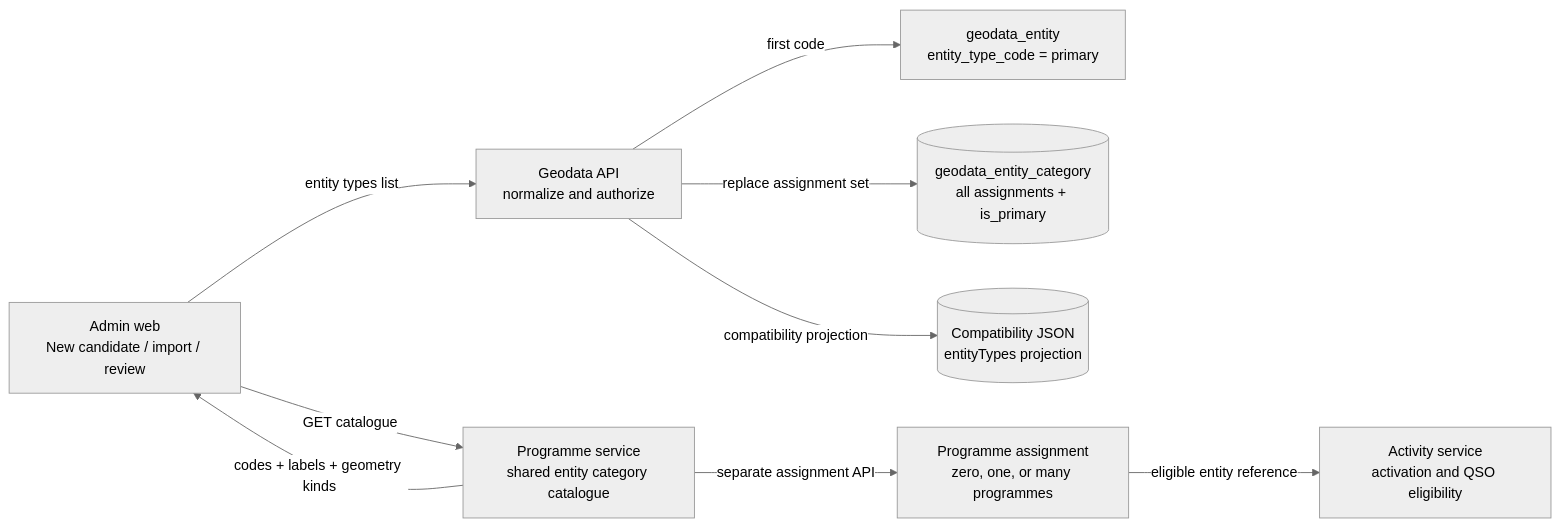
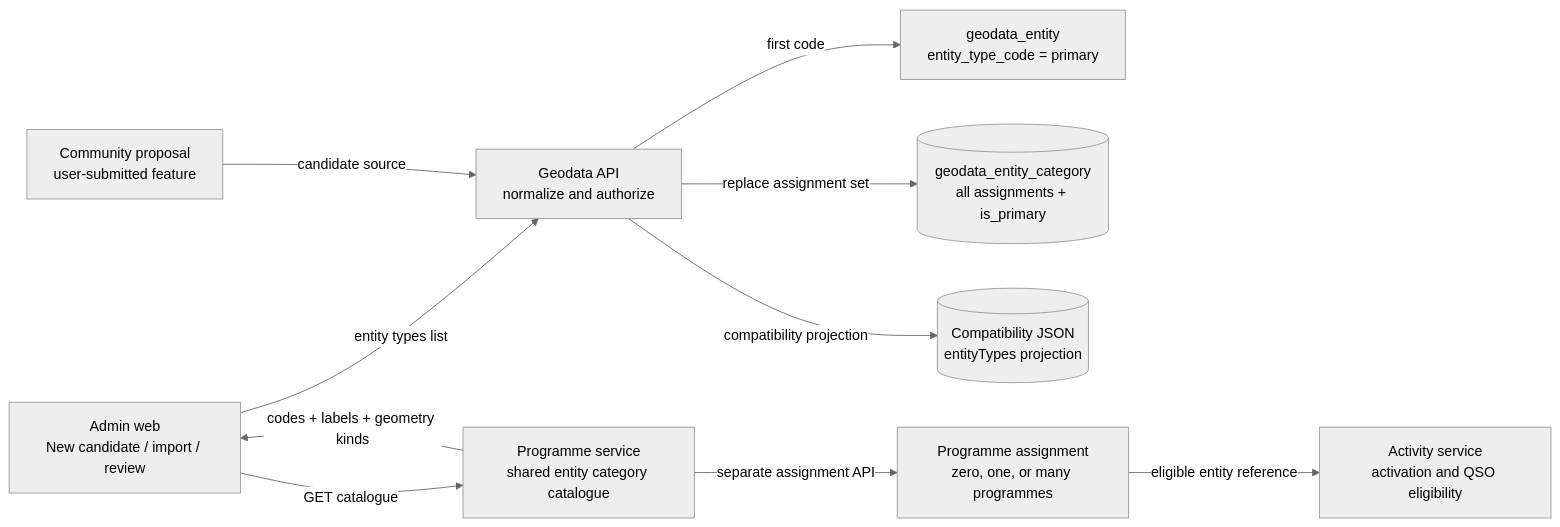
The diagram in docs/diagrams/geodata-category-assignment.md (myota-platform/myota-docs), drawn with Mermaid (neutral theme) before and after one commit. The commit also changed other lines of this file and 6 other files, not shown here.

````diff
--- a/docs/diagrams/geodata-category-assignment.md
+++ b/docs/diagrams/geodata-category-assignment.md
@@ -7,20 +7,22 @@
 ```mermaid
 flowchart LR
   Admin[Admin web\nNew candidate / import / review]
+  Community[Community proposal\nuser-submitted feature]
   Catalogue[Programme service\nshared entity category catalogue]
   Geo[Geodata API\nnormalize and authorize]
   Primary[geodata_entity\nentity_type_code = primary]
   Assignments[(geodata_entity_category\nall assignments + is_primary)]
   Snapshot[(Compatibility JSON\nentityTypes projection)]
   Programme[Programme assignment\nzero, one, or many programmes]
   Activity[Activity service\nactivation and QSO eligibility]
 
   Admin -->|GET catalogue| Catalogue
   Catalogue -->|codes + labels + geometry kinds| Admin
   Admin -->|entity types list| Geo
+  Community -->|candidate source| Geo
   Geo -->|first code| Primary
   Geo -->|replace assignment set| Assignments
   Geo -->|compatibility projection| Snapshot
   Catalogue -->|separate assignment API| Programme
   Programme -->|eligible entity reference| Activity
 ```
````
